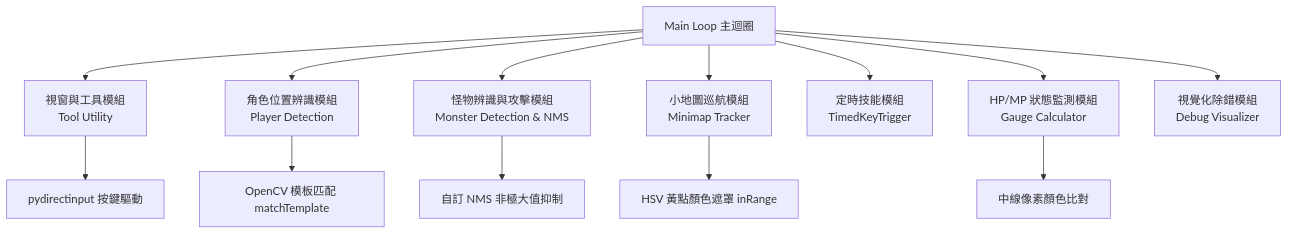
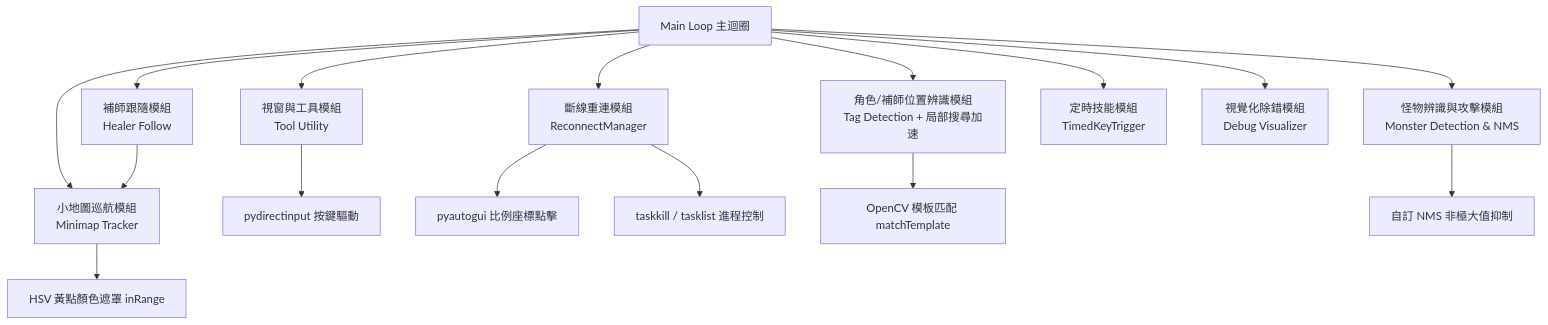
The first of 2 diagrams in README.md (Chi-Hao-Huang/MapleStoryTool), drawn with Mermaid before and after one commit. The commit also changed other lines of this file, not shown here.

Commit message:
Reconnect feature

````diff
--- a/README.md
+++ b/README.md
@@ -40,16 +54,19 @@
 ```mermaid
 flowchart TD
     Main[Main Loop 主迴圈] --> Tool[視窗與工具模組<br>Tool Utility]
-    Main --> Player[角色位置辨識模組<br>Player Detection]
+    Main --> Reconnect[斷線重連模組<br>ReconnectManager]
+    Main --> Tag[角色/補師位置辨識模組<br>Tag Detection + 局部搜尋加速]
     Main --> Monster[怪物辨識與攻擊模組<br>Monster Detection & NMS]
     Main --> Minimap[小地圖巡航模組<br>Minimap Tracker]
+    Main --> Healer[補師跟隨模組<br>Healer Follow]
     Main --> TimedSkill[定時技能模組<br>TimedKeyTrigger]
-    Main --> Status[HP/MP 狀態監測模組<br>Gauge Calculator]
     Main --> Debug[視覺化除錯模組<br>Debug Visualizer]
 
     Tool --> DirectInput[pydirectinput 按鍵驅動]
-    Player --> OpenCV[OpenCV 模板匹配 matchTemplate]
+    Reconnect --> PyAutoGUI[pyautogui 比例座標點擊]
+    Reconnect --> TaskKill[taskkill / tasklist 進程控制]
+    Tag --> OpenCV[OpenCV 模板匹配 matchTemplate]
     Monster --> NMS[自訂 NMS 非極大值抑制]
     Minimap --> HSV[HSV 黃點顏色遮罩 inRange]
-    Status --> RGB[中線像素顏色比對]
+    Healer --> Minimap
 ```
````
